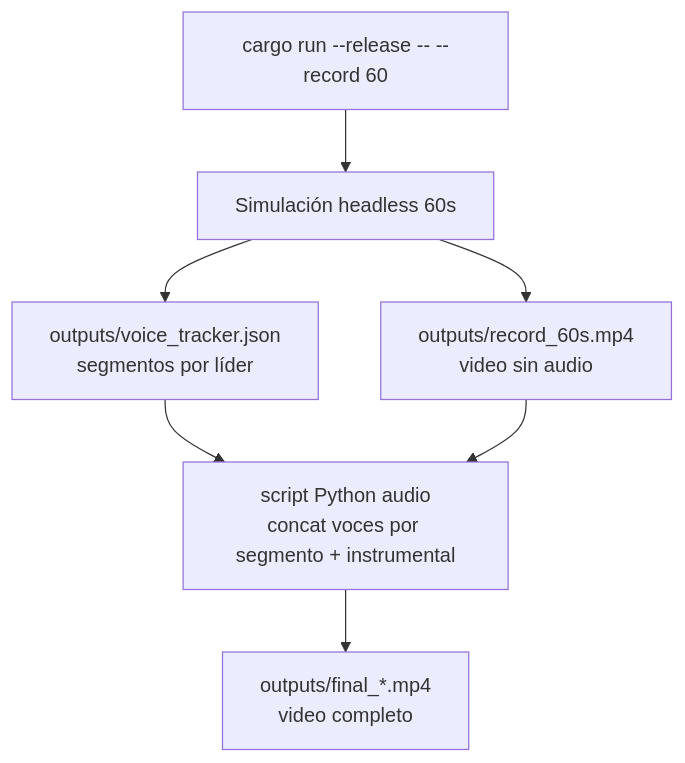
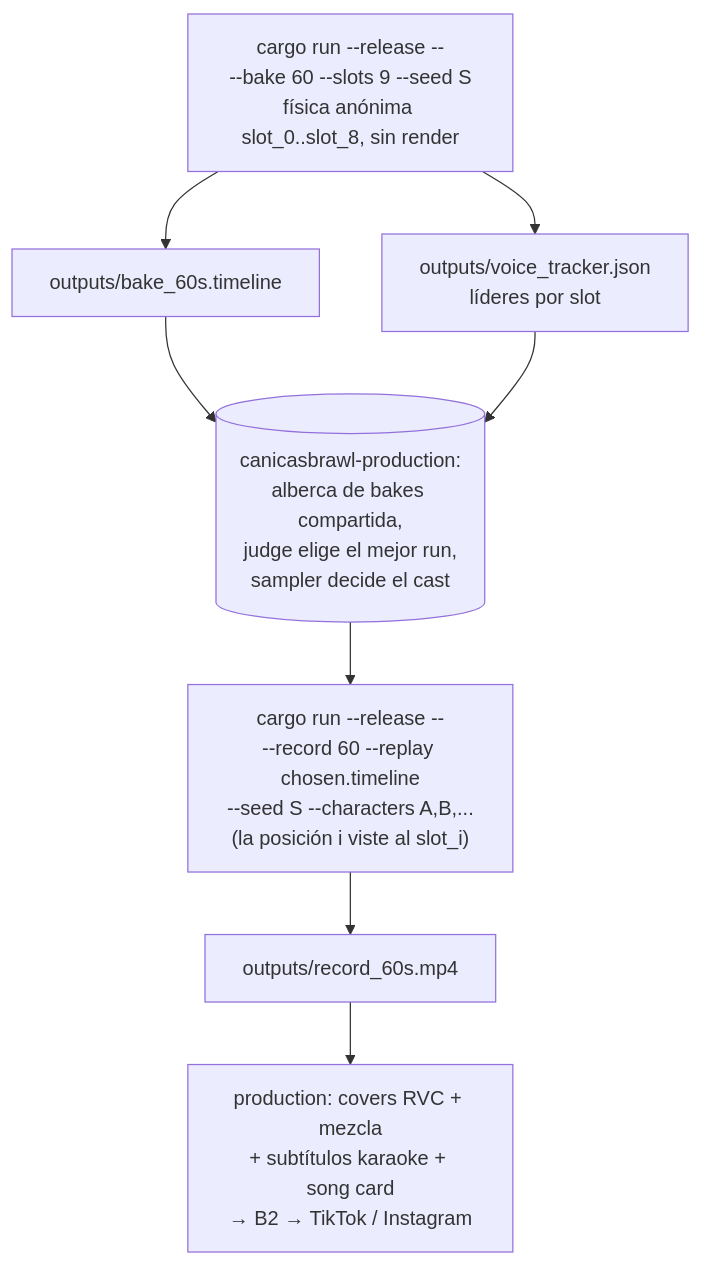
The fourth of 5 diagrams in docs/flow.md (jesusgomeznuz/canicasbrawl-rapier), drawn with Mermaid before and after one commit. The commit also changed other lines of this file and 10 other files, not shown here.

````diff
--- a/docs/flow.md
+++ b/docs/flow.md
@@ -52,9 +62,10 @@
 ```mermaid
 flowchart TD
-    Run[cargo run --release -- --record 60] --> Sim[Simulación headless 60s]
-    Sim --> Tracker[outputs/voice_tracker.json<br/>segmentos por líder]
-    Sim --> RawMP4[outputs/record_60s.mp4<br/>video sin audio]
-    Tracker --> AudioScript[script Python audio<br/>concat voces por segmento + instrumental]
-    RawMP4 --> AudioScript
-    AudioScript --> Final[outputs/final_*.mp4<br/>video completo]
+    Bake["cargo run --release --<br/>--bake 60 --slots 9 --seed S<br/>física anónima slot_0..slot_8, sin render"] --> Timeline[outputs/bake_60s.timeline]
+    Bake --> VT[outputs/voice_tracker.json<br/>líderes por slot]
+    Timeline --> Prod[(canicasbrawl-production:<br/>alberca de bakes compartida,<br/>judge elige el mejor run,<br/>sampler decide el cast)]
+    VT --> Prod
+    Prod --> Render["cargo run --release --<br/>--record 60 --replay chosen.timeline<br/>--seed S --characters A,B,...<br/>(la posición i viste al slot_i)"]
+    Render --> RawMP4[outputs/record_60s.mp4]
+    RawMP4 --> Ensamble[production: covers RVC + mezcla<br/>+ subtítulos karaoke + song card<br/>→ B2 → TikTok / Instagram]
 ```
````
